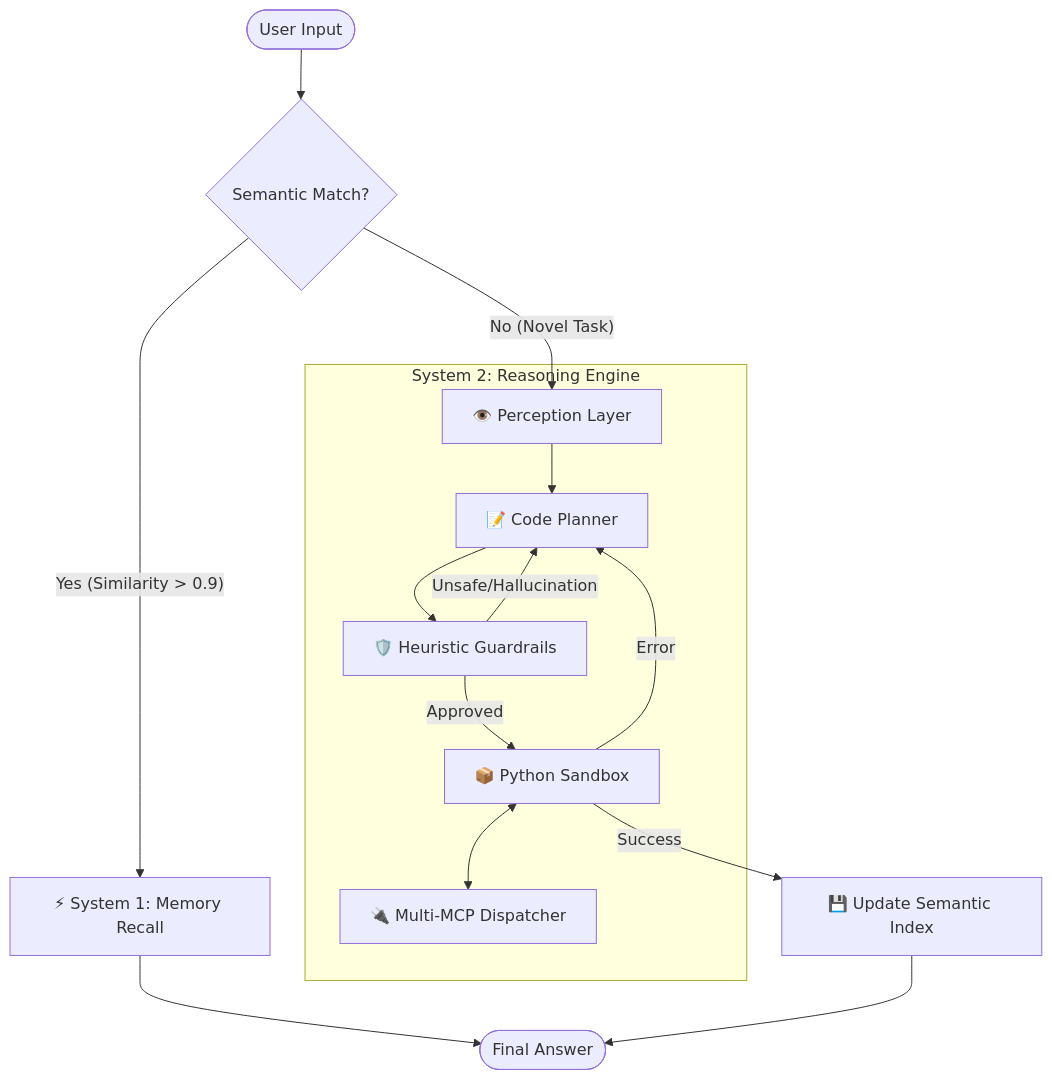
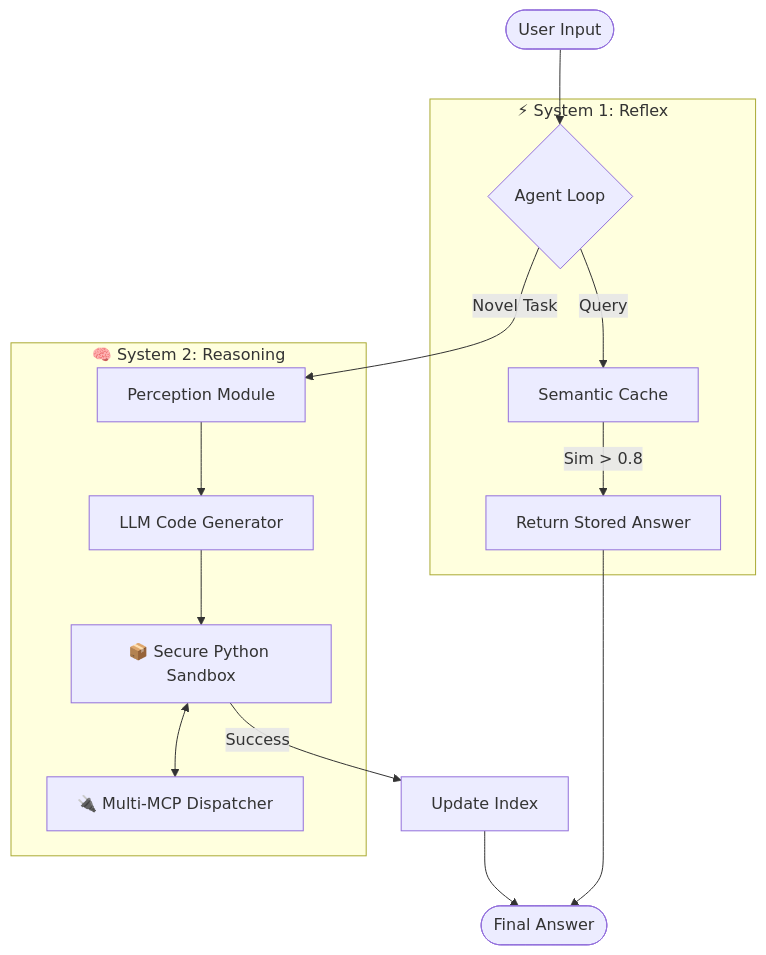
One commit to sushant097/Cognitive-Reflex-Agent changed the first of 3 diagrams in README.md. Above: the diagram before and after it, drawn with Mermaid. The commit also changed other lines of this file and 2 other files, not shown here.

````diff
--- a/README.md
+++ b/README.md
@@ -29,25 +28,20 @@
 ```mermaid
 flowchart TD
-    User([User Input]) --> Router{Semantic Match?}
+    User([User Input]) --> Loop{Agent Loop}
     
-    %% System 1: Fast Path
-    Router -- "Yes (Similarity > 0.9)" --> Recall[⚡ System 1: Memory Recall]
-    Recall --> Output([Final Answer])
+    subgraph System1 [⚡ System 1: Reflex]
+        Loop -- "Query" --> Cache[Semantic Cache]
+        Cache -- "Sim > 0.8" --> Hit[Return Stored Answer]
+    end
     
-    %% System 2: Slow Path
-    Router -- "No (Novel Task)" --> Perception[👁️ Perception Layer]
-    
-    subgraph System2 [System 2: Reasoning Engine]
-        Perception --> Planner[📝 Code Planner]
-        Planner --> Guard[🛡️ Heuristic Guardrails]
-        
-        Guard -- "Unsafe/Hallucination" --> Planner
-        Guard -- "Approved" --> Sandbox[📦 Python Sandbox]
-        
+    subgraph System2 [🧠 System 2: Reasoning]
+        Loop -- "Novel Task" --> Perception[Perception Module]
+        Perception --> Planner[LLM Code Generator]
+        Planner --> Sandbox[📦 Secure Python Sandbox]
         Sandbox <--> MCP[🔌 Multi-MCP Dispatcher]
     end
     
-    Sandbox -- "Success" --> Index[💾 Update Semantic Index]
-    Index --> Output
-    Sandbox -- "Error" --> Planner
+    Hit --> Output([Final Answer])
+    Sandbox -- "Success" --> Memory[Update Index]
+    Memory --> Output
 ```
````
